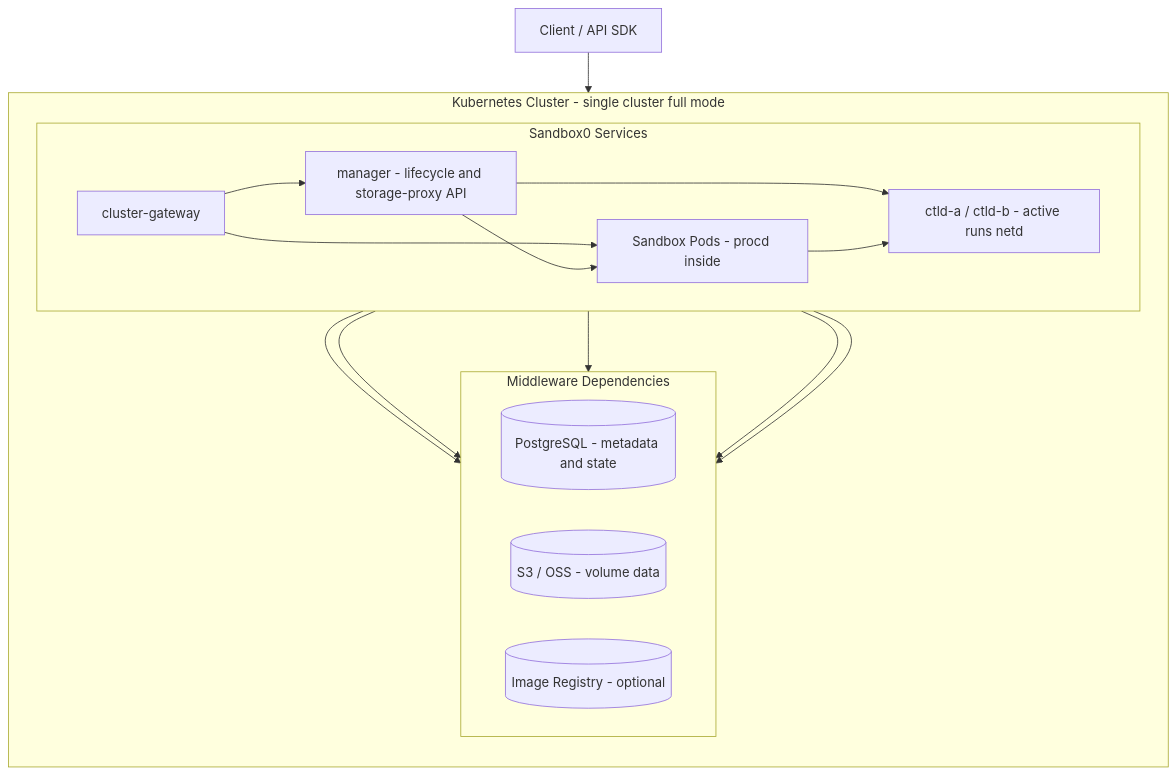
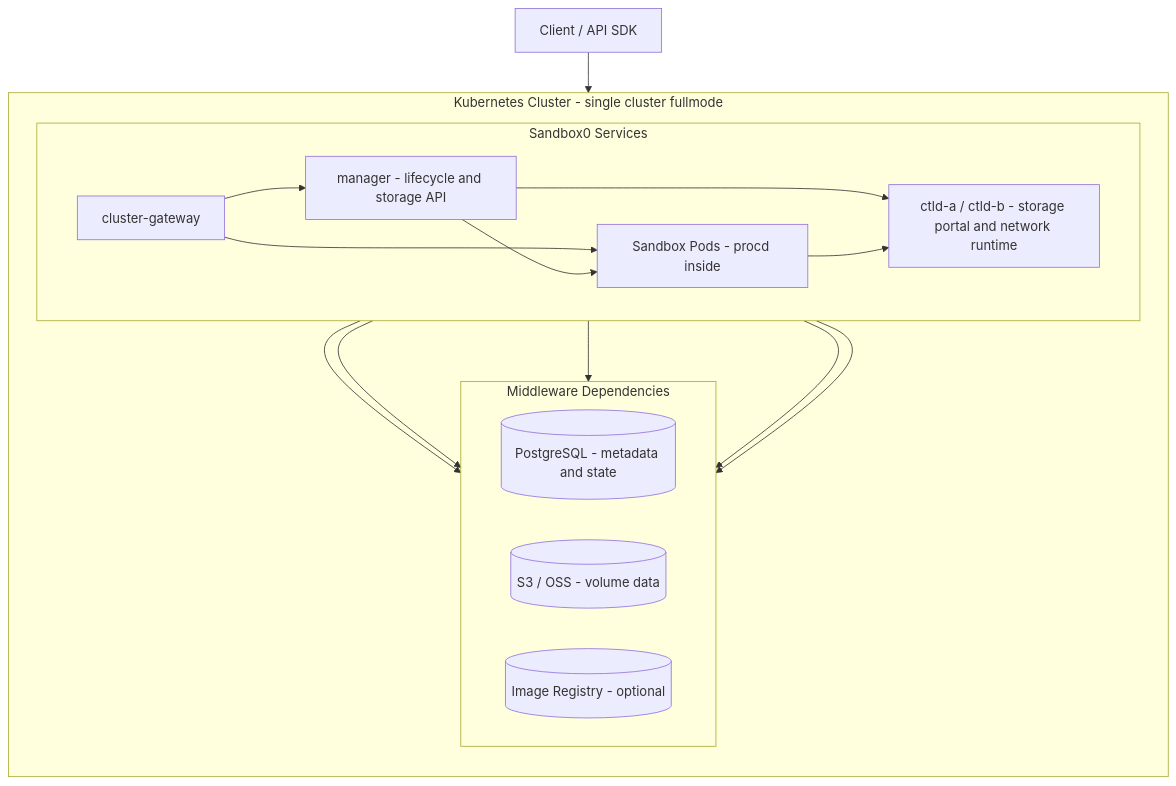
Before and after one commit to sandbox0-ai/sandbox0: the diagram in docs/self-hosted/page.mdx, drawn with Mermaid. The commit also changed other lines of this file and 103 other files, not shown here.

Commit message:
refactor: finalize fullmode runtime architecture (#713)

````diff
--- a/docs/self-hosted/page.mdx
+++ b/docs/self-hosted/page.mdx
@@ -30,30 +30,30 @@
 ```mermaid
 flowchart TD
     client[Client / API SDK] --> igw[cluster-gateway]
 
-    subgraph cluster[Kubernetes Cluster - single cluster full mode]
+    subgraph cluster[Kubernetes Cluster - single cluster fullmode]
         direction TB
 
         subgraph s0[Sandbox0 Services]
             direction LR
-            igw --> mgr[manager - lifecycle and storage-proxy API]
+            igw --> mgr[manager - lifecycle and storage API]
             igw --> pods[Sandbox Pods - procd inside]
             mgr --> pods
-            mgr --> ctld[ctld-a / ctld-b - active runs netd]
+            mgr --> ctld[ctld-a / ctld-b - storage portal and network runtime]
             pods --> ctld
         end
 
         subgraph mw[Middleware Dependencies]
             direction LR
             pg[(PostgreSQL - metadata and state)]
             s3[(S3 / OSS - volume data)]
             reg[(Image Registry - optional)]
         end
 
         igw --> pg
         mgr --> pg
         mgr --> s3
         ctld --> s3
         mgr --> reg
     end
 ```
````
